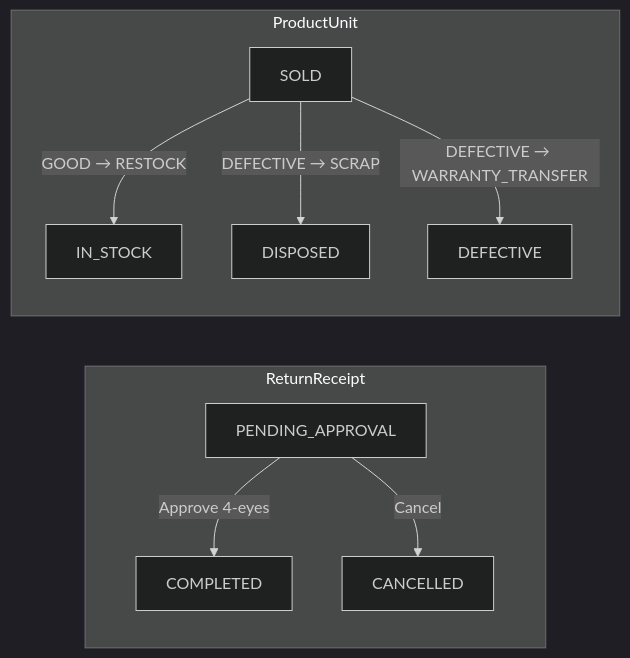
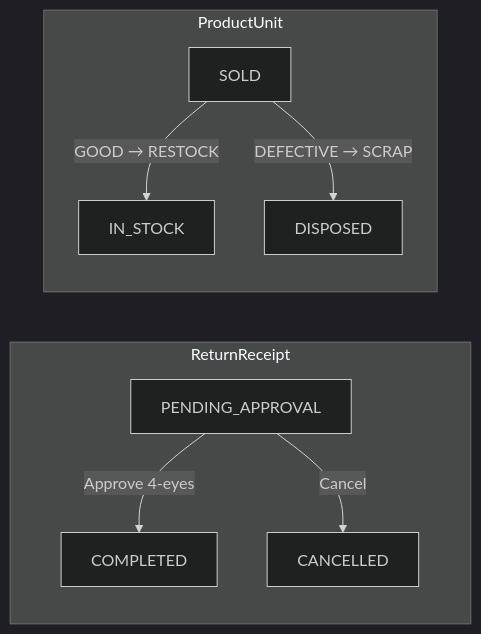
The first of 3 diagrams in docs/flows/return-flow.md (Java-Inventory-Management-System/Projects), drawn with Mermaid (dark theme) before and after one commit. The commit also changed other lines of this file and 19 other files, not shown here.

First line of the commit message:
docs: remove warranty module, add export reject/fulfill/getUnits flow

````diff
--- a/docs/flows/return-flow.md
+++ b/docs/flows/return-flow.md
@@ -25,12 +25,11 @@
 ```mermaid
 flowchart LR
     subgraph "ReturnReceipt"
         PA[PENDING_APPROVAL] -->|Approve 4-eyes| COMPLETED
         PA -->|Cancel| CANCELLED
     end
     subgraph "ProductUnit"
         SOLD -->|GOOD → RESTOCK| IN_STOCK
         SOLD -->|DEFECTIVE → SCRAP| DISPOSED
-        SOLD -->|DEFECTIVE → WARRANTY_TRANSFER| DEFECTIVE
     end
 ```
````
